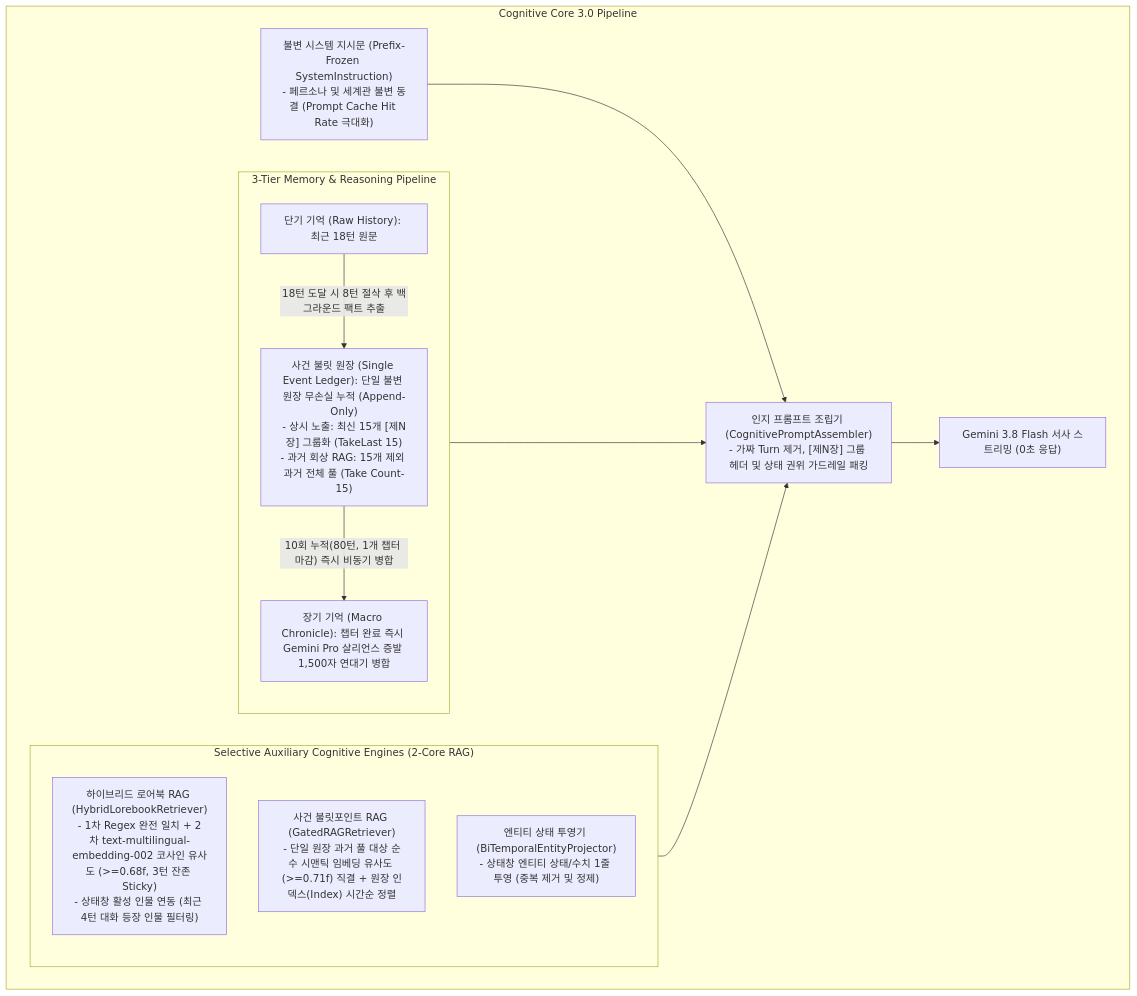
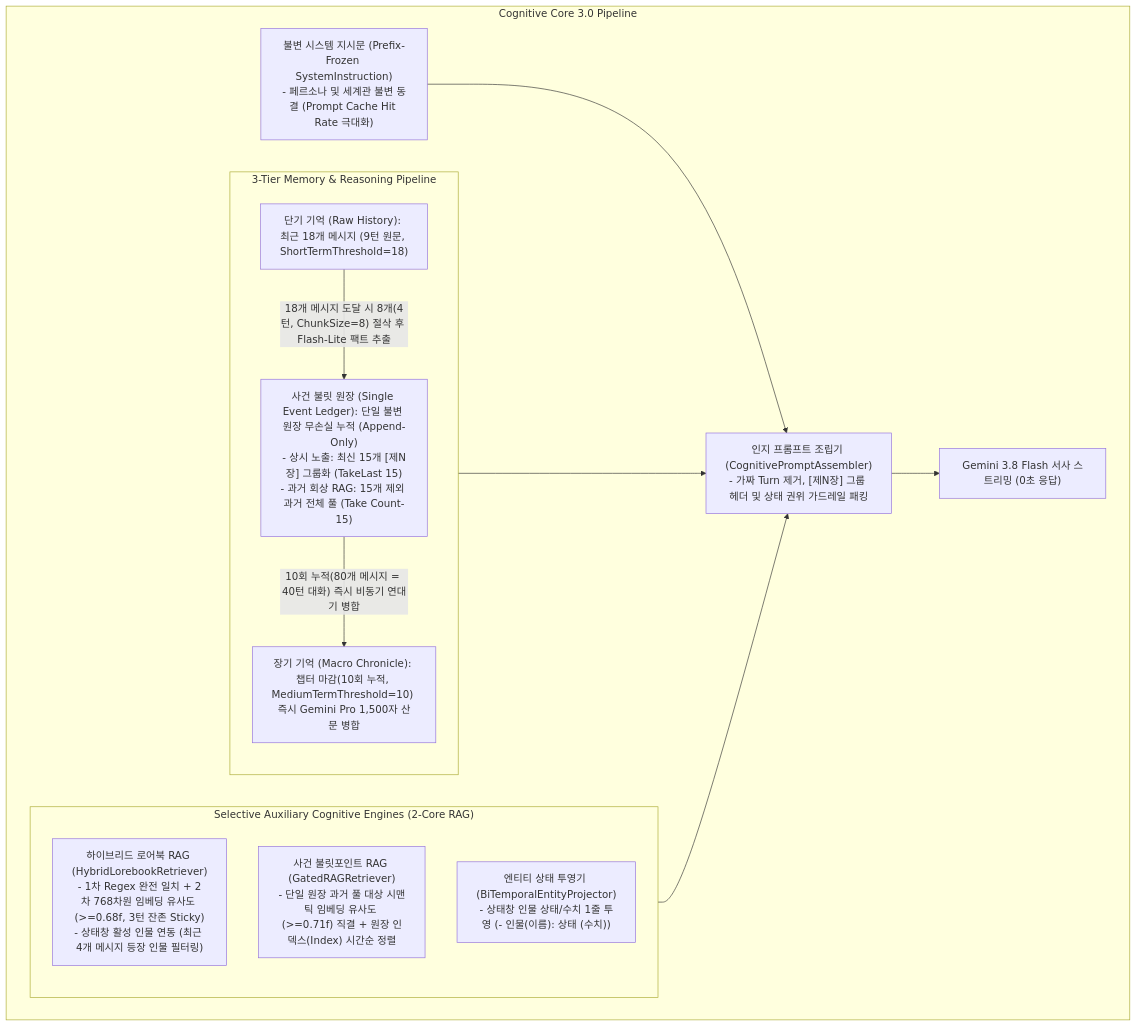
One commit to jin20203458/Obsidian.Agent changed the first of 3 diagrams in GRC/docs/01_grc_architecture.md. Above: the diagram before and after it, drawn with Mermaid. The commit also changed other lines of this file and 3 other files, not shown here.

````diff
--- a/GRC/docs/01_grc_architecture.md
+++ b/GRC/docs/01_grc_architecture.md
@@ -27,28 +31,28 @@
 ```mermaid
 flowchart TB
     subgraph COGNITIVE_CORE ["Cognitive Core 3.0 Pipeline"]
         SYS["불변 시스템 지시문 (Prefix-Frozen SystemInstruction)<br>- 페르소나 및 세계관 불변 동결 (Prompt Cache Hit Rate 극대화)"]
         
         subgraph TIERS ["3-Tier Memory & Reasoning Pipeline"]
-            M1["단기 기억 (Raw History): 최근 18턴 원문"]
+            M1["단기 기억 (Raw History): 최근 18개 메시지 (9턴 원문, ShortTermThreshold=18)"]
             M2["사건 불릿 원장 (Single Event Ledger): 단일 불변 원장 무손실 누적 (Append-Only)<br>- 상시 노출: 최신 15개 [제N장] 그룹화 (TakeLast 15)<br>- 과거 회상 RAG: 15개 제외 과거 전체 풀 (Take Count-15)"]
-            M3["장기 기억 (Macro Chronicle): 챕터 완료 즉시 Gemini Pro 살리언스 증발 1,500자 연대기 병합"]
+            M3["장기 기억 (Macro Chronicle): 챕터 마감(10회 누적, MediumTermThreshold=10) 즉시 Gemini Pro 1,500자 산문 병합"]
             
-            M1 -->|"18턴 도달 시 8턴 절삭 후 백그라운드 팩트 추출"| M2
-            M2 -->|"10회 누적(80턴, 1개 챕터 마감) 즉시 비동기 병합"| M3
+            M1 -->|"18개 메시지 도달 시 8개(4턴, ChunkSize=8) 절삭 후 Flash-Lite 팩트 추출"| M2
+            M2 -->|"10회 누적(80개 메시지 = 40턴 대화) 즉시 비동기 연대기 병합"| M3
         end
         
         subgraph AUXILIARY ["Selective Auxiliary Cognitive Engines (2-Core RAG)"]
-            HL["하이브리드 로어북 RAG (HybridLorebookRetriever)<br>- 1차 Regex 완전 일치 + 2차 text-multilingual-embedding-002 코사인 유사도 (>=0.68f, 3턴 잔존 Sticky)<br>- 상태창 활성 인물 연동 (최근 4턴 대화 등장 인물 필터링)"]
-            GR["사건 불릿포인트 RAG (GatedRAGRetriever)<br>- 단일 원장 과거 풀 대상 순수 시맨틱 임베딩 유사도 (>=0.71f) 직결 + 원장 인덱스(Index) 시간순 정렬"]
-            BP["엔티티 상태 투영기 (BiTemporalEntityProjector)<br>- 상태창 엔티티 상태/수치 1줄 투영 (중복 제거 및 정제)"]
+            HL["하이브리드 로어북 RAG (HybridLorebookRetriever)<br>- 1차 Regex 완전 일치 + 2차 768차원 임베딩 유사도 (>=0.68f, 3턴 잔존 Sticky)<br>- 상태창 활성 인물 연동 (최근 4개 메시지 등장 인물 필터링)"]
+            GR["사건 불릿포인트 RAG (GatedRAGRetriever)<br>- 단일 원장 과거 풀 대상 시맨틱 임베딩 유사도 (>=0.71f) 직결 + 원장 인덱스(Index) 시간순 정렬"]
+            BP["엔티티 상태 투영기 (BiTemporalEntityProjector)<br>- 상태창 인물 상태/수치 1줄 투영 (- 인물(이름): 상태 (수치))"]
         end
         
         ASSEMBLER["인지 프롬프트 조립기 (CognitivePromptAssembler)<br>- 가짜 Turn 제거, [제N장] 그룹 헤더 및 상태 권위 가드레일 패킹"]
         
         SYS --> ASSEMBLER
         TIERS --> ASSEMBLER
         AUXILIARY --> ASSEMBLER
         ASSEMBLER --> LLM["Gemini 3.8 Flash 서사 스트리밍 (0초 응답)"]
     end
 ```
````
